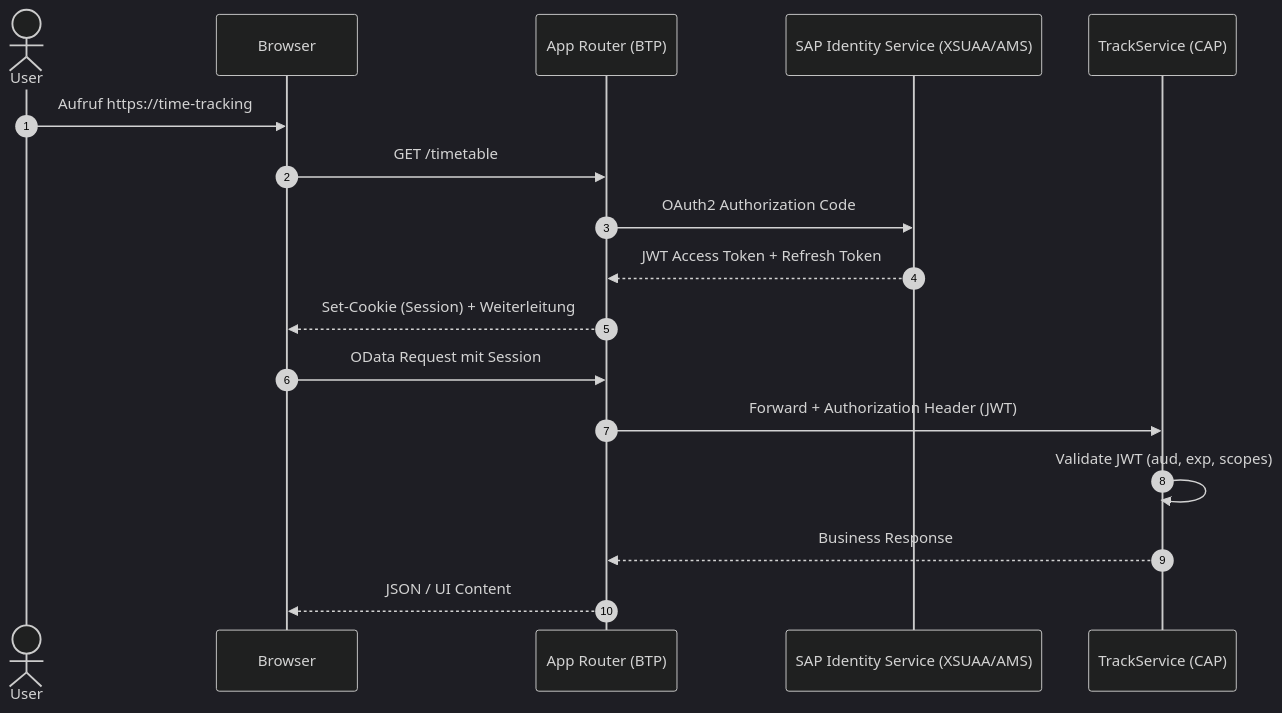
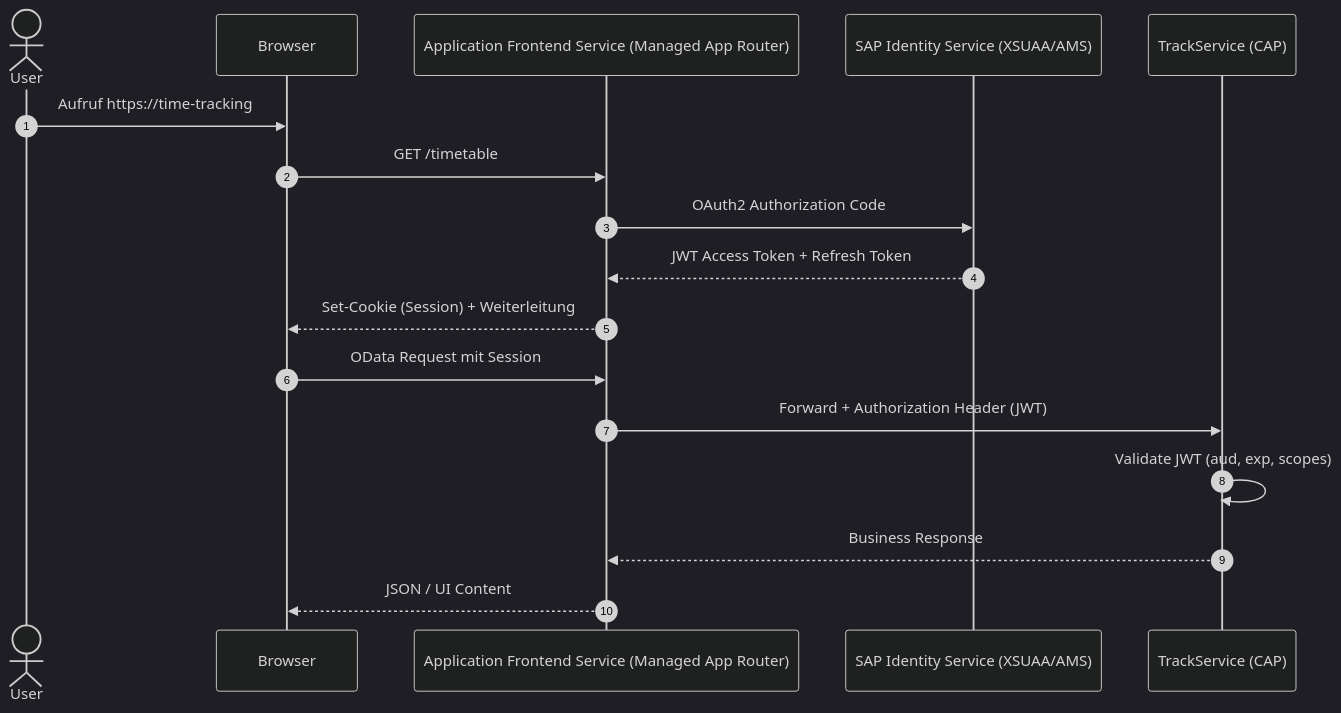
One commit to nimble-123/cap-fiori-timetracking changed the tenth of 11 diagrams in docs/ARCHITECTURE.md. Above: the diagram before and after it, drawn with Mermaid (dark theme). The commit also changed other lines of this file and 14 other files, not shown here.

Commit message:
feat: Enhance deployment configuration and add Application Frontend Service support

````diff
--- a/docs/ARCHITECTURE.md
+++ b/docs/ARCHITECTURE.md
@@ -1847,20 +1850,20 @@
 ```mermaid
 sequenceDiagram
     autonumber
     actor User
     participant Browser
-    participant AppRouter as App Router (BTP)
+    participant AppFront as Application Frontend Service (Managed App Router)
     participant Identity as SAP Identity Service (XSUAA/AMS)
     participant CAP as TrackService (CAP)
 
     User->>Browser: Aufruf https://time-tracking
-    Browser->>AppRouter: GET /timetable
-    AppRouter->>Identity: OAuth2 Authorization Code
-    Identity-->>AppRouter: JWT Access Token + Refresh Token
-    AppRouter-->>Browser: Set-Cookie (Session) + Weiterleitung
-    Browser->>AppRouter: OData Request mit Session
-    AppRouter->>CAP: Forward + Authorization Header (JWT)
+    Browser->>AppFront: GET /timetable
+    AppFront->>Identity: OAuth2 Authorization Code
+    Identity-->>AppFront: JWT Access Token + Refresh Token
+    AppFront-->>Browser: Set-Cookie (Session) + Weiterleitung
+    Browser->>AppFront: OData Request mit Session
+    AppFront->>CAP: Forward + Authorization Header (JWT)
     CAP->>CAP: Validate JWT (aud, exp, scopes)
-    CAP-->>AppRouter: Business Response
-    AppRouter-->>Browser: JSON / UI Content
+    CAP-->>AppFront: Business Response
+    AppFront-->>Browser: JSON / UI Content
 ```
````
